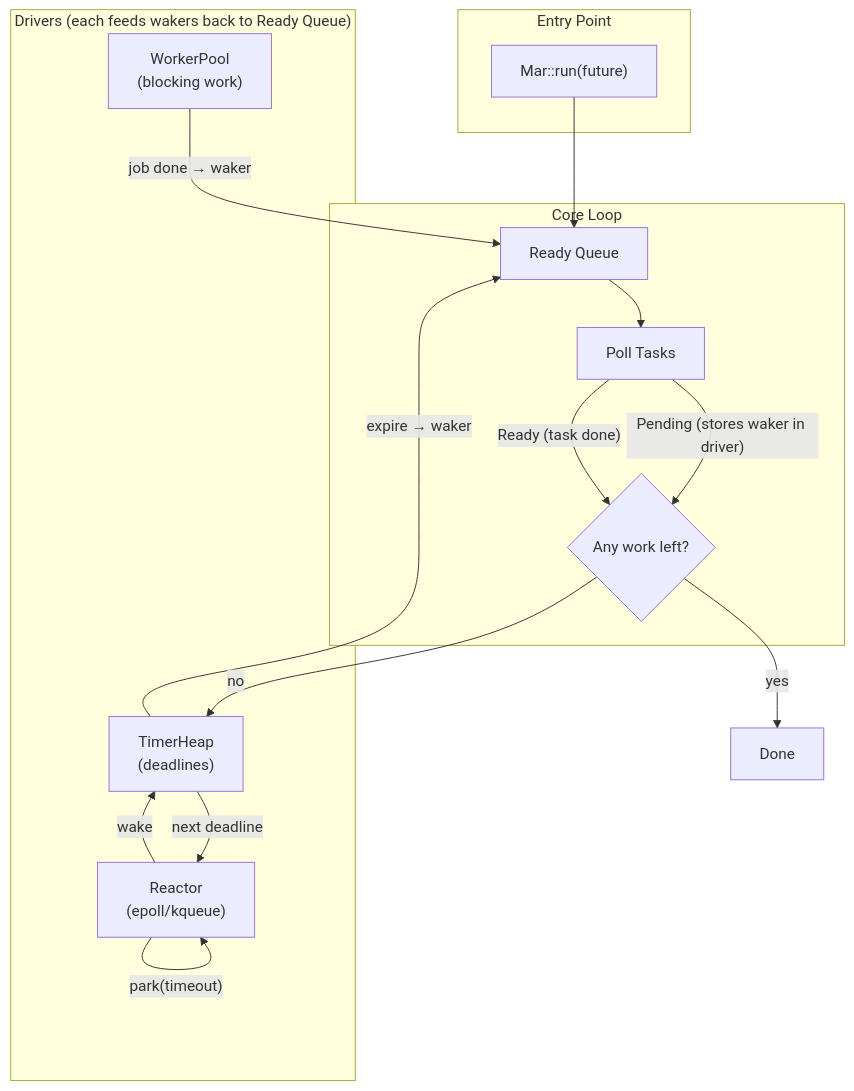
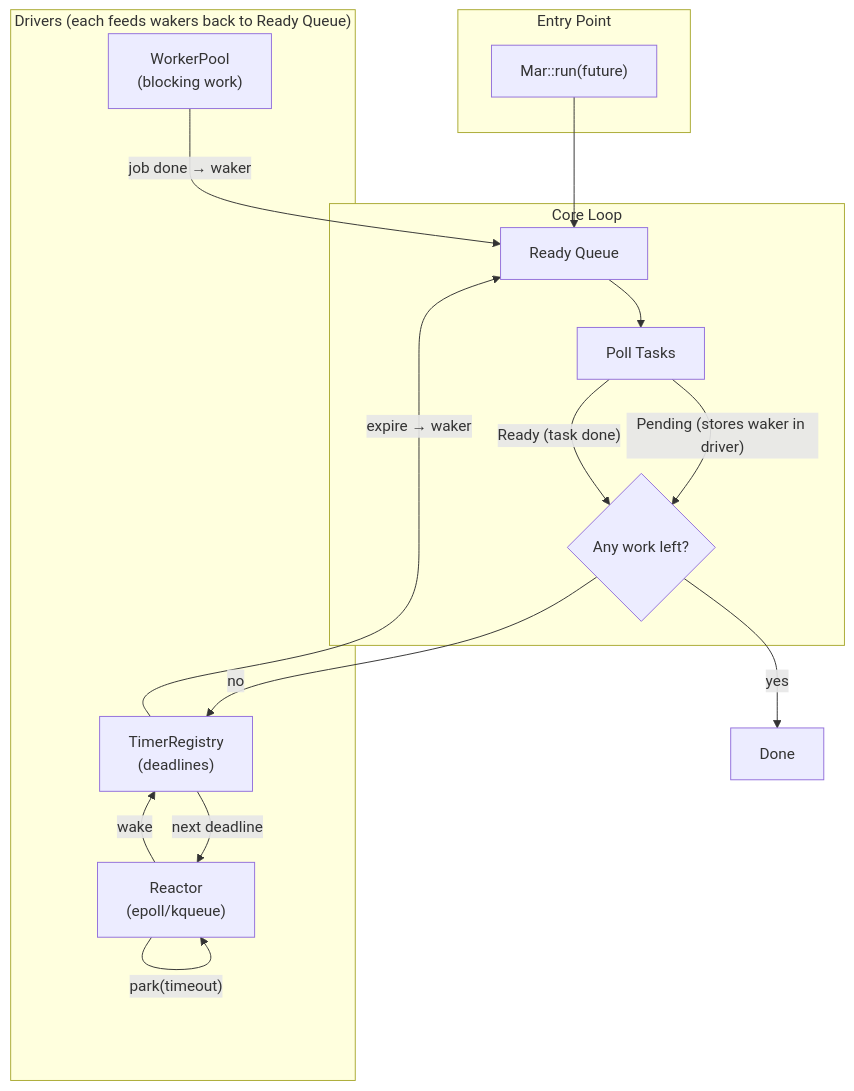
Before and after one commit to paulpeters144/mini-async-runtime: the tenth of 10 diagrams in README.md, drawn with Mermaid. The commit also changed other lines of this file and 15 other files, not shown here.

First line of the commit message:
refactor: split time module and rename TimerHeap to TimerRegistry

````diff
--- a/README.md
+++ b/README.md
@@ -542,30 +542,30 @@
 ```mermaid
 flowchart TD
     subgraph Entry["Entry Point"]
         Run["Mar::run(future)"]
     end
 
     subgraph Core["Core Loop"]
         Ready["Ready Queue"]
         Poll["Poll Tasks"]
         Terminate{"Any work left?"}
     end
 
     subgraph Drivers["Drivers (each feeds wakers back to Ready Queue)"]
-        Timer["TimerHeap<br/>(deadlines)"]
+        Timer["TimerRegistry<br/>(deadlines)"]
         Reactor["Reactor<br/>(epoll/kqueue)"]
         Pool["WorkerPool<br/>(blocking work)"]
     end
 
     Run --> Ready
     Ready --> Poll
     Poll -->|"Pending (stores waker in driver)"| Terminate
     Poll -->|"Ready (task done)"| Terminate
     Terminate -->|no| Timer
     Timer -->|"next deadline"| Reactor
     Reactor -->|"park(timeout)"| Reactor
     Reactor -->|"wake"| Timer
     Timer -->|"expire → waker"| Ready
     Pool -->|"job done → waker"| Ready
     Terminate -->|yes| Done["Done"]
 ```
````
